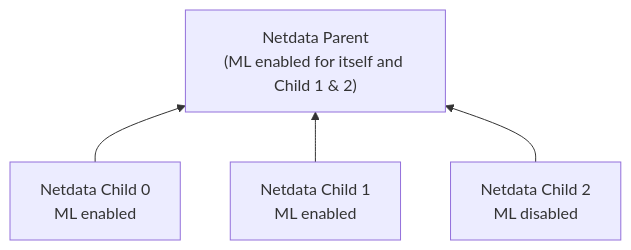
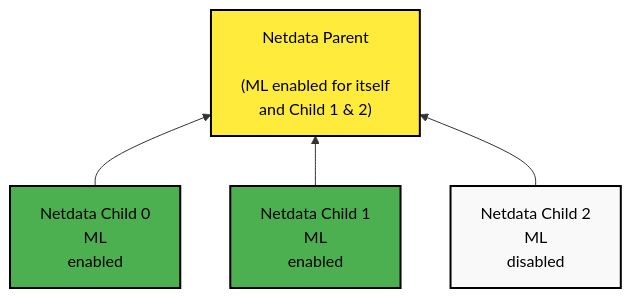
The third of 3 diagrams in src/ml/ml-configuration.md (netdata/netdata), drawn with Mermaid before and after one commit. The commit also changed other lines of this file and 4 other files, not shown here.

````diff
--- a/src/ml/ml-configuration.md
+++ b/src/ml/ml-configuration.md
@@ -54,10 +160,21 @@
 ```mermaid
 flowchart BT
-    C1["Netdata Child 0\nML enabled"]
-    C2["Netdata Child 1\nML enabled"]
-    C3["Netdata Child 2\nML disabled"]
-    P1["Netdata Parent\n(ML enabled for itself and Child 1 & 2)"]
+    %% Node styling
+    classDef neutral fill:#f9f9f9,stroke:#000000,color:#000000,stroke-width:2px
+    classDef success fill:#4caf50,stroke:#000000,color:#000000,stroke-width:2px
+    classDef warning fill:#ffeb3b,stroke:#000000,color:#000000,stroke-width:2px
+    classDef danger fill:#f44336,stroke:#000000,color:#000000,stroke-width:2px
+    
+    C1["Netdata Child 0\nML<br/>enabled"]
+    C2["Netdata Child 1\nML<br/>enabled"]
+    C3["Netdata Child 2\nML<br/>disabled"]
+    P1["Netdata Parent\n<br/>(ML enabled for itself<br/>and Child 1 & 2)"]
     C1 --> P1
     C2 --> P1
     C3 --> P1
+    
+    %% Apply styles
+    class C1,C2 success
+    class C3 neutral
+    class P1 warning
 ```
````
